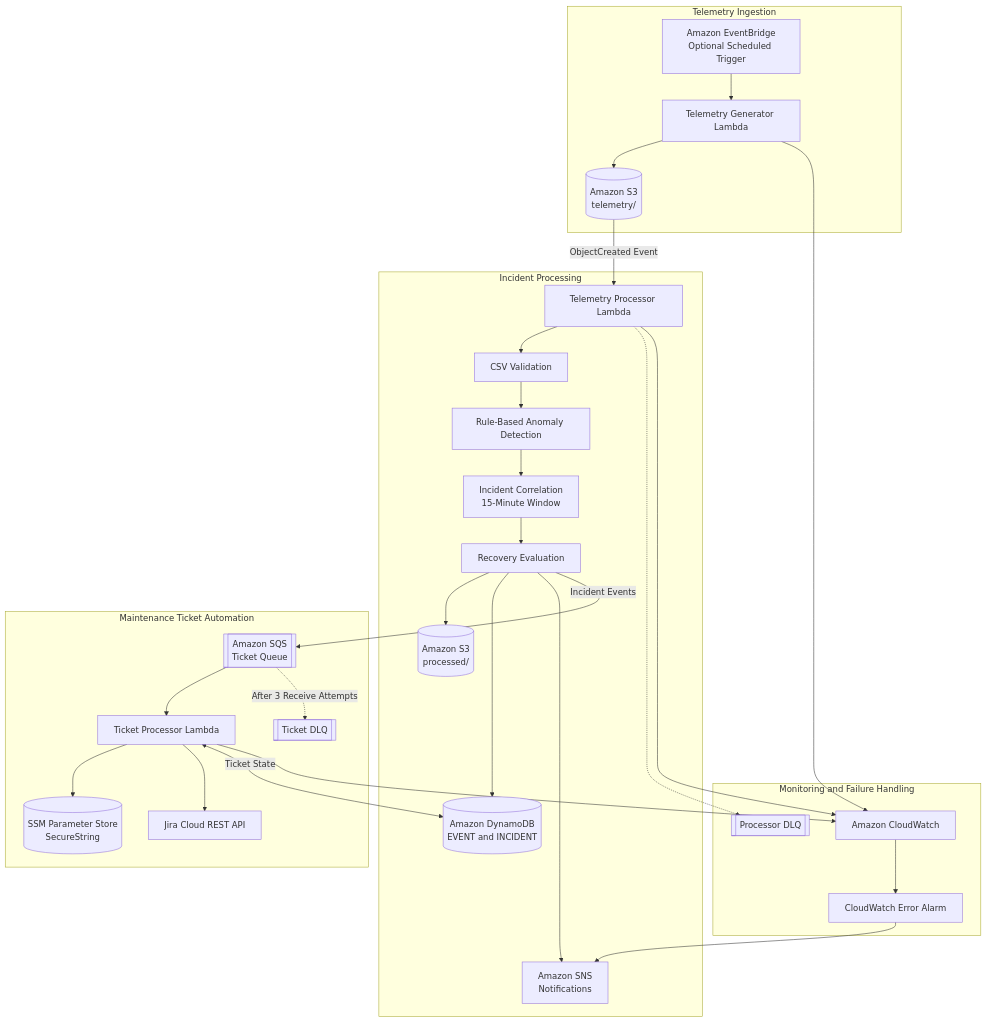
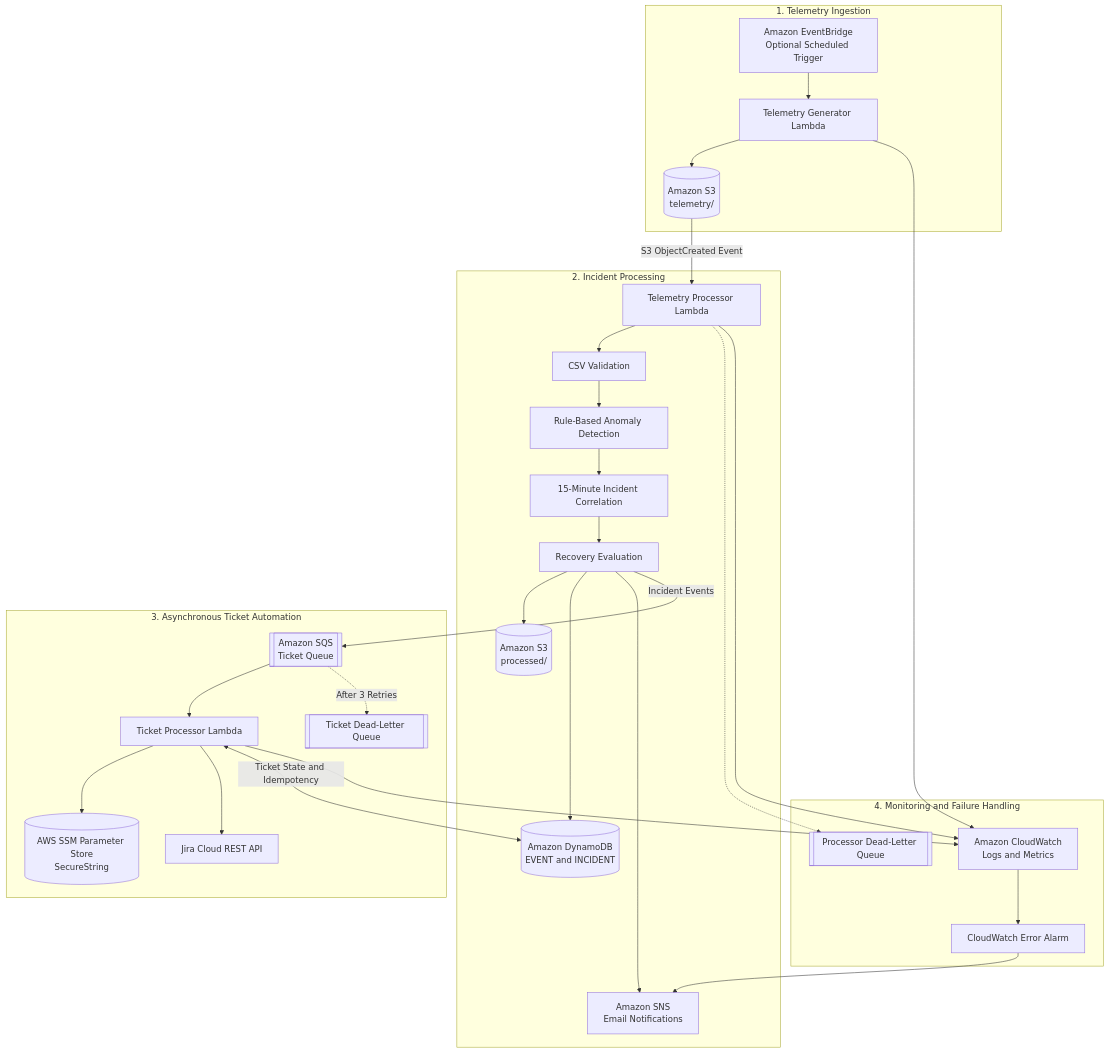
One commit to rushikeshgokhe/solar-asset-monitoring changed the diagram in README.md. Above: the diagram before and after it, drawn with Mermaid. The commit also changed other lines of this file, not shown here.

````diff
--- a/README.md
+++ b/README.md
@@ -44,62 +45,62 @@
 ```mermaid
 flowchart TB
 
-    subgraph A["Telemetry Ingestion"]
+    subgraph A["1. Telemetry Ingestion"]
         EB["Amazon EventBridge<br/>Optional Scheduled Trigger"]
         GEN["Telemetry Generator Lambda"]
         S3IN[("Amazon S3<br/>telemetry/")]
 
         EB --> GEN
         GEN --> S3IN
     end
 
-    subgraph B["Incident Processing"]
+    subgraph B["2. Incident Processing"]
         PROC["Telemetry Processor Lambda"]
         VALID["CSV Validation"]
         DETECT["Rule-Based Anomaly Detection"]
-        NORMAL["Incident Correlation<br/>15-Minute Window"]
+        NORMAL["15-Minute Incident Correlation"]
         RECOVERY["Recovery Evaluation"]
 
         S3OUT[("Amazon S3<br/>processed/")]
         DDB[("Amazon DynamoDB<br/>EVENT and INCIDENT")]
-        SNS["Amazon SNS<br/>Notifications"]
+        SNS["Amazon SNS<br/>Email Notifications"]
 
         PROC --> VALID
         VALID --> DETECT
         DETECT --> NORMAL
         NORMAL --> RECOVERY
         RECOVERY --> S3OUT
         RECOVERY --> DDB
         RECOVERY --> SNS
     end
 
-    S3IN -->|"ObjectCreated Event"| PROC
+    S3IN -->|"S3 ObjectCreated Event"| PROC
 
-    subgraph C["Maintenance Ticket Automation"]
+    subgraph C["3. Asynchronous Ticket Automation"]
         QUEUE[["Amazon SQS<br/>Ticket Queue"]]
         TICKET["Ticket Processor Lambda"]
-        SSM[("SSM Parameter Store<br/>SecureString")]
+        SSM[("AWS SSM Parameter Store<br/>SecureString")]
         JIRA["Jira Cloud REST API"]
 
         QUEUE --> TICKET
         TICKET --> SSM
         TICKET --> JIRA
-        TICKET <-->|"Ticket State"| DDB
-        QUEUE -.->|"After 3 Receive Attempts"| DLQ2[["Ticket DLQ"]]
+        TICKET <-->|"Ticket State and Idempotency"| DDB
+        QUEUE -.->|"After 3 Retries"| DLQ2[["Ticket Dead-Letter Queue"]]
     end
 
     RECOVERY -->|"Incident Events"| QUEUE
 
-    subgraph D["Monitoring and Failure Handling"]
-        CW["Amazon CloudWatch"]
+    subgraph D["4. Monitoring and Failure Handling"]
+        CW["Amazon CloudWatch<br/>Logs and Metrics"]
         ALARM["CloudWatch Error Alarm"]
-        DLQ1[["Processor DLQ"]]
+        DLQ1[["Processor Dead-Letter Queue"]]
 
         PROC -.-> DLQ1
         GEN --> CW
         PROC --> CW
         TICKET --> CW
         CW --> ALARM
         ALARM --> SNS
     end
 ```
````
